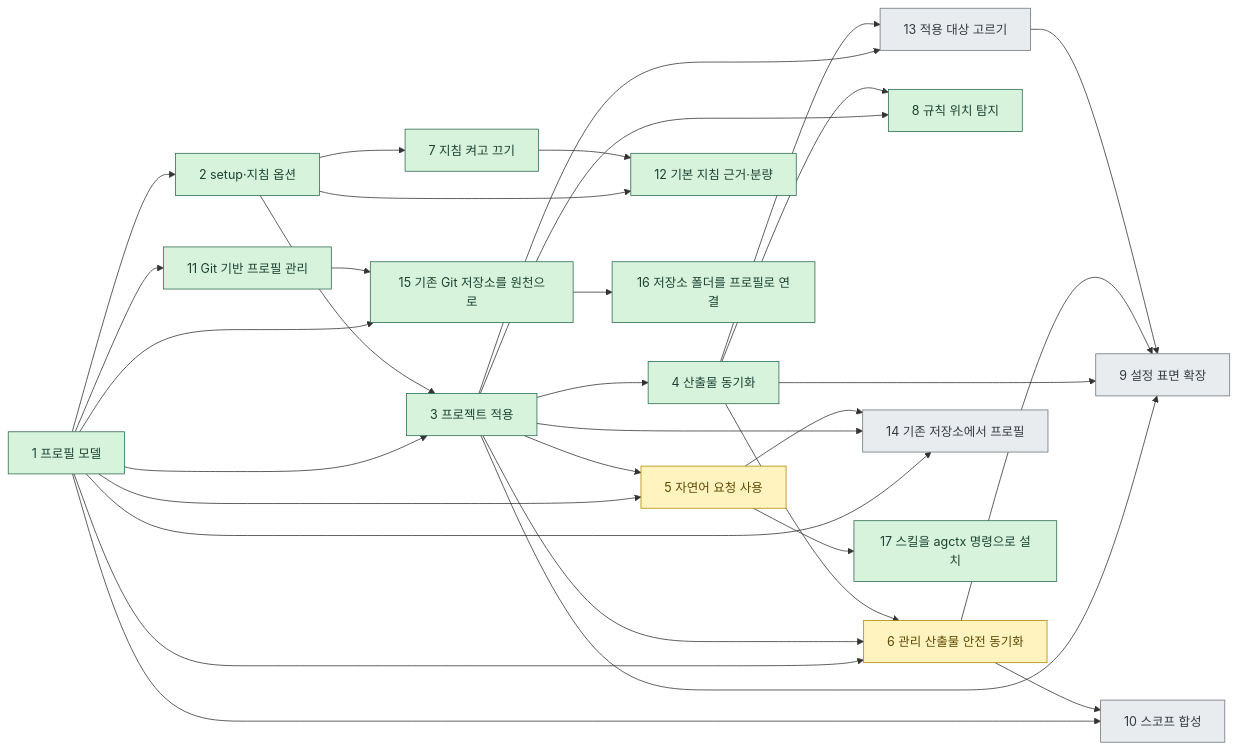
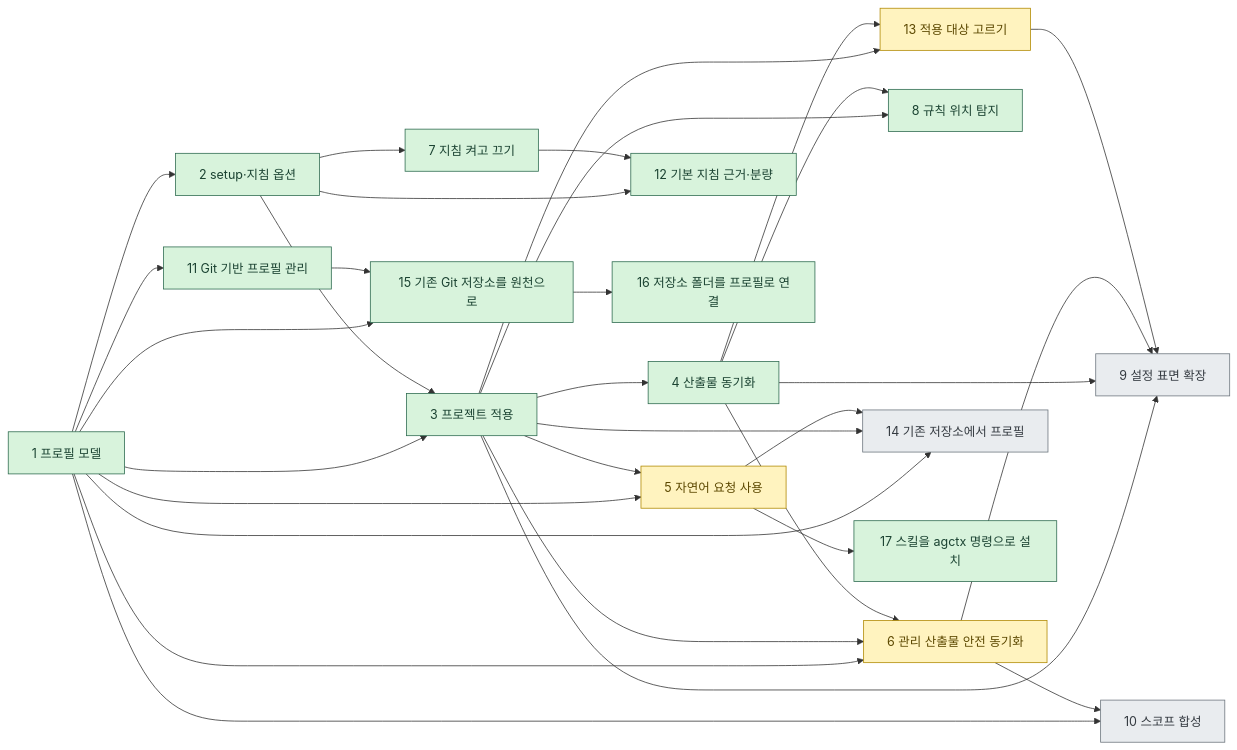
Before and after one commit to IsthisLee/agent-context-manager: the diagram in docs/discussion/architecture/README.md, drawn with Mermaid. The commit also changed other lines of this file and 48 other files, not shown here.

````diff
--- a/docs/discussion/architecture/README.md
+++ b/docs/discussion/architecture/README.md
@@ -40,41 +40,41 @@
 ```mermaid
 flowchart LR
   S1["1 프로필 모델"] --> S2["2 setup·지침 옵션"]
   S1 --> S3["3 프로젝트 적용"]
   S2 --> S3
   S3 --> S4["4 산출물 동기화"]
   S1 --> S5["5 자연어 요청 사용"]
   S3 --> S5
   S1 --> S6["6 관리 산출물 안전 동기화"]
   S3 --> S6
   S4 --> S6
   S2 --> S7["7 지침 켜고 끄기"]
   S3 --> S8["8 규칙 위치 탐지"]
   S4 --> S8
   S3 --> S9["9 설정 표면 확장"]
   S4 --> S9
   S6 --> S9
   S1 --> S10["10 스코프 합성"]
   S6 --> S10
   S1 --> S11["11 Git 기반 프로필 관리"]
   S2 --> S12["12 기본 지침 근거·분량"]
   S7 --> S12
   S3 --> S13["13 적용 대상 고르기"]
   S4 --> S13
   S13 --> S9
   S1 --> S14["14 기존 저장소에서 프로필"]
   S3 --> S14
   S5 --> S14
   S1 --> S15["15 기존 Git 저장소를 원천으로"]
   S11 --> S15
   S15 --> S16["16 저장소 폴더를 프로필로 연결"]
   S5 --> S17["17 스킬을 agctx 명령으로 설치"]
   classDef done fill:#d8f3dc,stroke:#2d6a4f,color:#1b4332
   classDef doing fill:#fff3bf,stroke:#b08900,color:#5c4800
   classDef todo fill:#e9ecef,stroke:#6c757d,color:#343a40
   %% agctx:generated:stage-classes:start
   class S1,S2,S3,S4,S7,S8,S11,S12,S15,S16,S17 done
-  class S5,S6 doing
-  class S9,S10,S13,S14 todo
+  class S5,S6,S13 doing
+  class S9,S10,S14 todo
   %% agctx:generated:stage-classes:end
 ```
````
